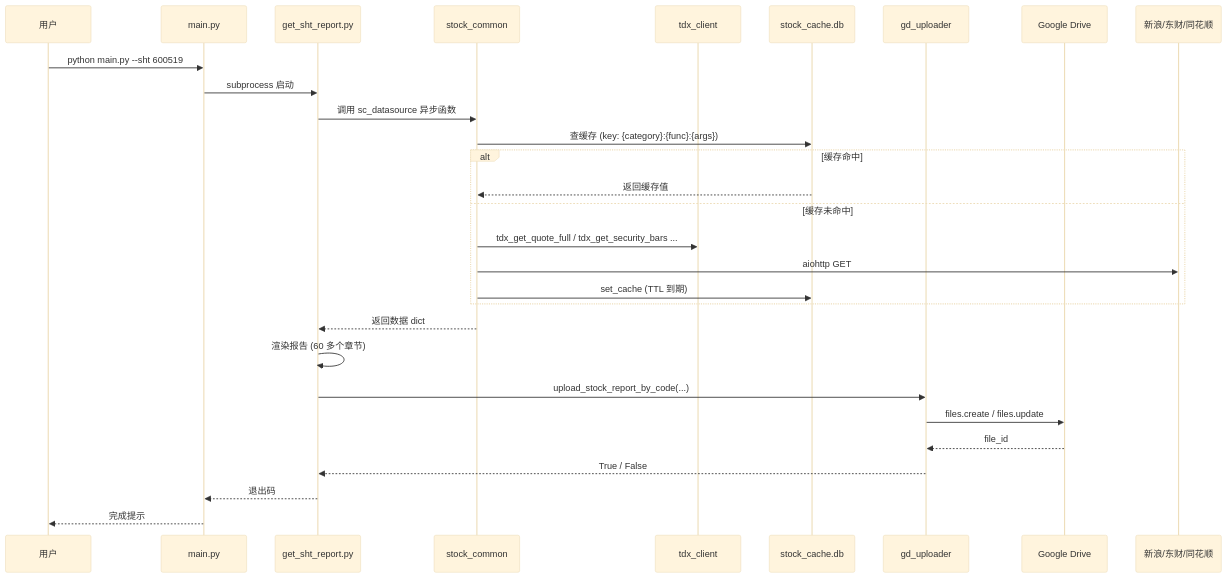
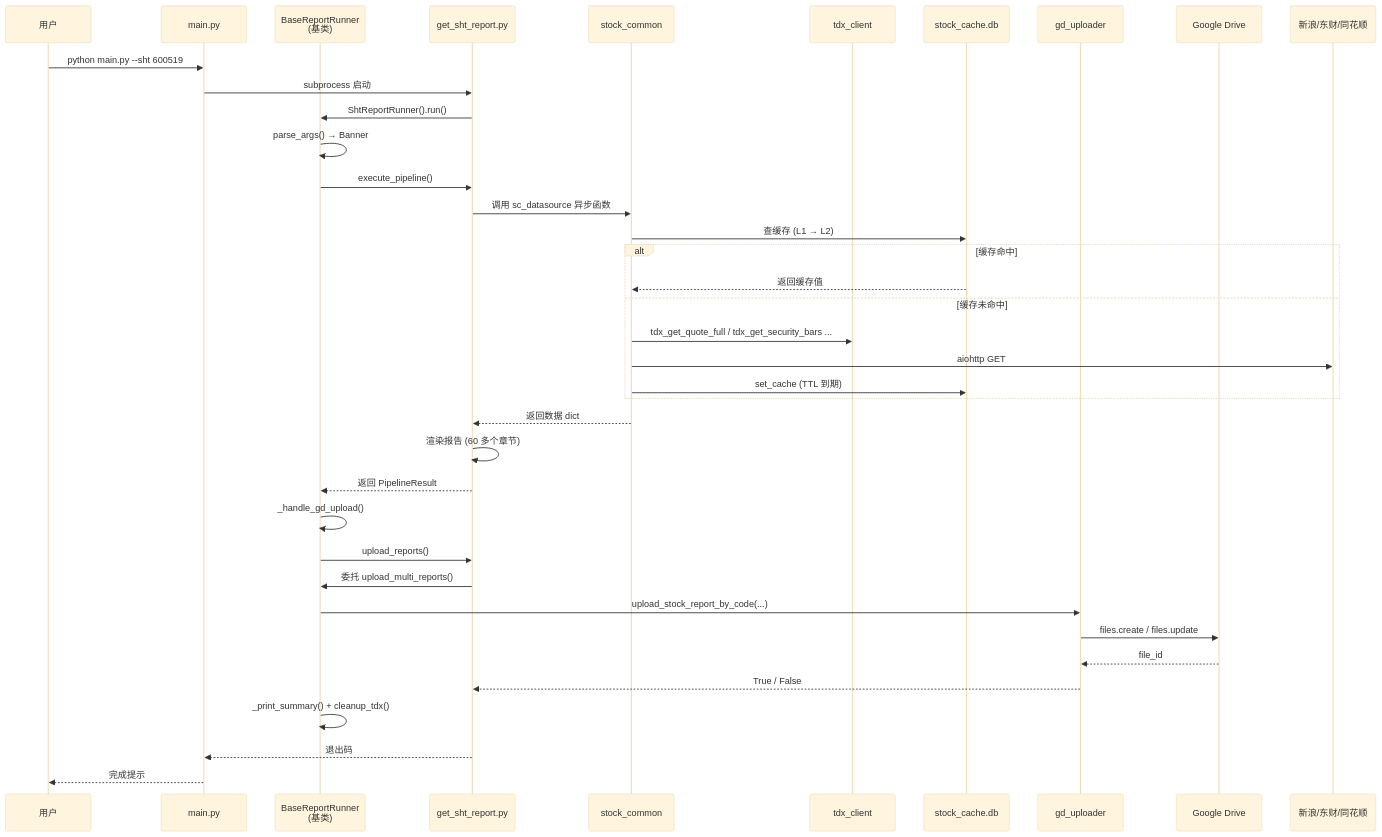
The second of 6 diagrams in docs/architecture.md (tsy1102/a-stock-data), drawn with Mermaid (base theme) before and after one commit. The commit also changed other lines of this file and 139 other files, not shown here.

First line of the commit message:
release: V16.1 — 报告体系重构（sht/med/lng 三视图 + ful 下线 + mak/val 引擎化 + push2 新字段接入）

````diff
--- a/docs/architecture.md
+++ b/docs/architecture.md
@@ -62,31 +82,40 @@
 ```mermaid
 sequenceDiagram
     participant U as 用户
     participant M as main.py
+    participant R as BaseReportRunner<br/>(基类)
     participant S as get_sht_report.py
     participant SC as stock_common
     participant TDX as tdx_client
     participant Cache as stock_cache.db
     participant GD as gd_uploader
     participant Drive as Google Drive
 
     U->>M: python main.py --sht 600519
     M->>S: subprocess 启动
+    S->>R: ShtReportRunner().run()
+    R->>R: parse_args() → Banner
+    R->>S: execute_pipeline()
     S->>SC: 调用 sc_datasource 异步函数
-    SC->>Cache: 查缓存 (key: {category}:{func}:{args})
+    SC->>Cache: 查缓存 (L1 → L2)
     alt 缓存命中
         Cache-->>SC: 返回缓存值
     else 缓存未命中
         SC->>TDX: tdx_get_quote_full / tdx_get_security_bars ...
         SC->>新浪/东财/同花顺: aiohttp GET
         SC->>Cache: set_cache (TTL 到期)
     end
     SC-->>S: 返回数据 dict
     S->>S: 渲染报告 (60 多个章节)
-    S->>GD: upload_stock_report_by_code(...)
+    S-->>R: 返回 PipelineResult
+    R->>R: _handle_gd_upload()
+    R->>S: upload_reports()
+    S->>R: 委托 upload_multi_reports()
+    R->>GD: upload_stock_report_by_code(...)
     GD->>Drive: files.create / files.update
     Drive-->>GD: file_id
     GD-->>S: True / False
+    R->>R: _print_summary() + cleanup_tdx()
     S-->>M: 退出码
     M-->>U: 完成提示
 ```
````
